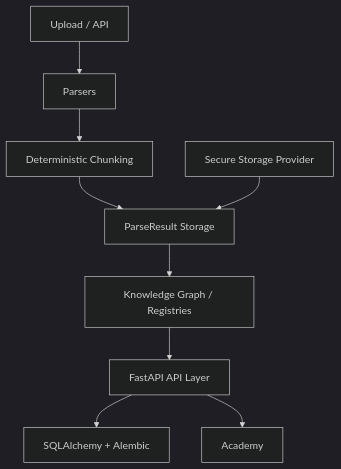
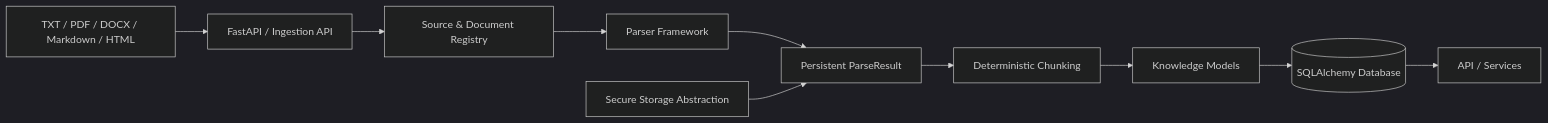
The first of 5 diagrams in README.md (AshwinThakoor/nexora-brain), drawn with Mermaid (dark theme) before and after one commit. The commit also changed other lines of this file, not shown here.

````diff
--- a/README.md
+++ b/README.md
@@ -23,11 +43,12 @@
 ```mermaid
-graph TD
-    A[Upload / API] --> B[Parsers]
-    B --> C[Deterministic Chunking]
-    C --> D[ParseResult Storage]
-    D --> E[Knowledge Graph / Registries]
-    E --> F[FastAPI API Layer]
-    F --> G[SQLAlchemy + Alembic]
-    H[Secure Storage Provider] --> D
-    F --> I[Academy]
+flowchart LR
+    INPUT[TXT / PDF / DOCX / Markdown / HTML] --> API[FastAPI / Ingestion API]
+    API --> REGISTRY[Source & Document Registry]
+    REGISTRY --> PARSER[Parser Framework]
+    PARSER --> RESULT[Persistent ParseResult]
+    RESULT --> CHUNK[Deterministic Chunking]
+    CHUNK --> KNOWLEDGE[Knowledge Models]
+    KNOWLEDGE --> DB[(SQLAlchemy Database)]
+    DB --> QUERY[API / Services]
+    STORAGE[Secure Storage Abstraction] --> RESULT
 ```
````
